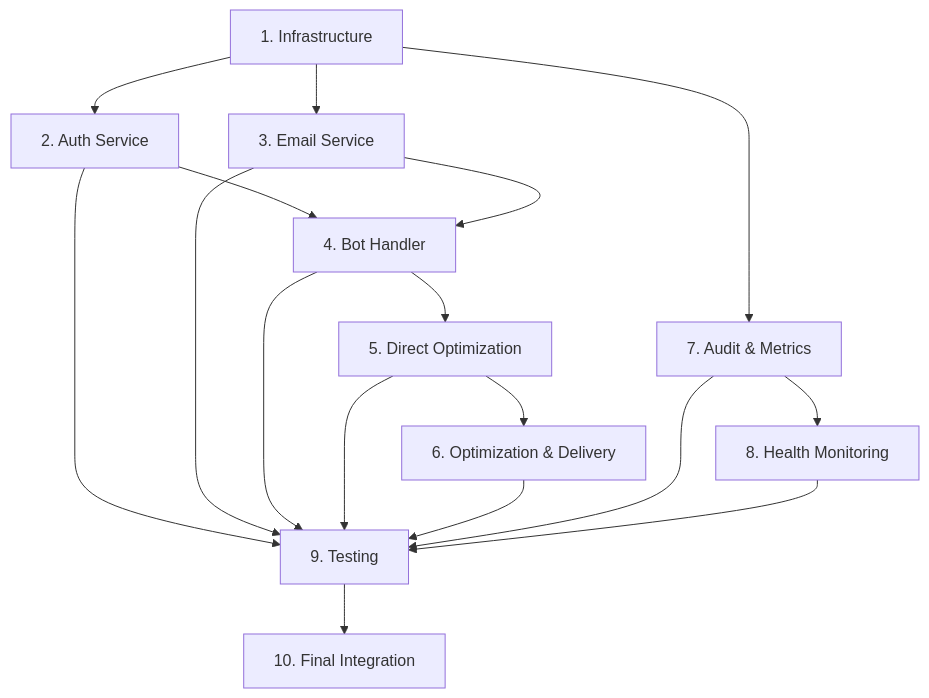
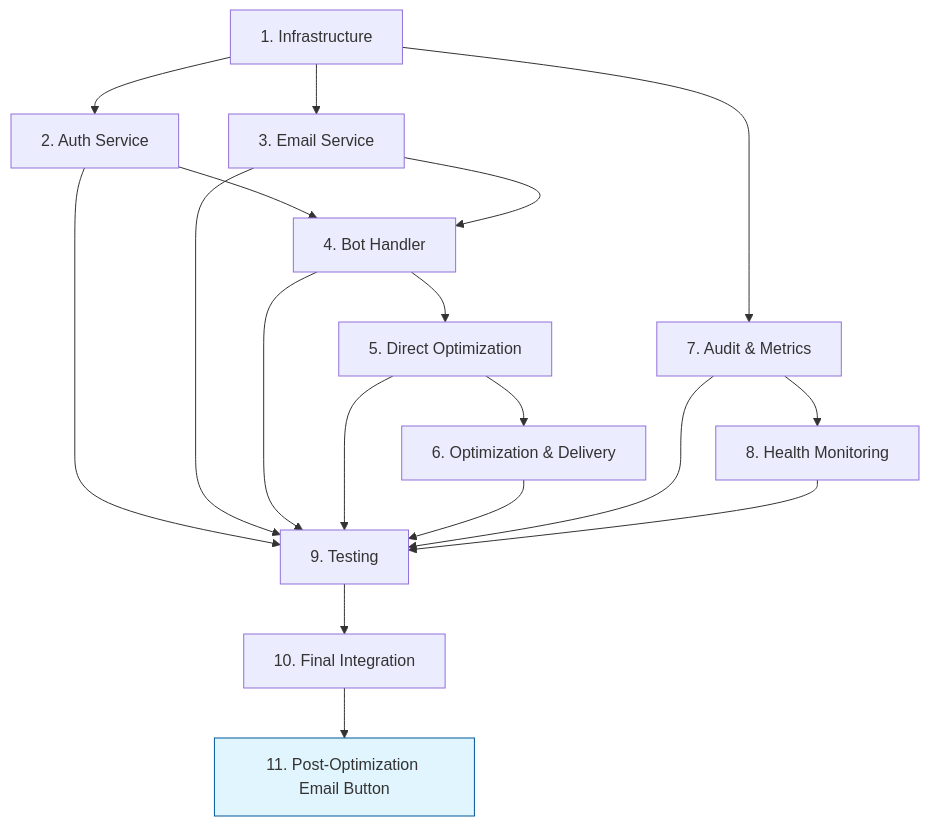
The diagram in .kiro/specs/email-prompt-delivery/tasks.md (gushinets/PromptEngineerBot), drawn with Mermaid before and after one commit. The commit also changed other lines of this file and 21 other files, not shown here.

First line of the commit message:
feat: extend email functionality with post-optimization email button

````diff
--- a/.kiro/specs/email-prompt-delivery/tasks.md
+++ b/.kiro/specs/email-prompt-delivery/tasks.md
@@ -443,19 +461,23 @@
 ```mermaid
 graph TD
     A[1. Infrastructure] --> B[2. Auth Service]
     A --> C[3. Email Service]
     B --> D[4. Bot Handler]
     C --> D
     D --> E[5. Direct Optimization]
     E --> F[6. Optimization & Delivery]
     A --> G[7. Audit & Metrics]
     G --> H[8. Health Monitoring]
     B --> I[9. Testing]
     C --> I
     D --> I
     E --> I
     F --> I
     G --> I
     H --> I
     I --> J[10. Final Integration]
+    J --> K[11. Post-Optimization Email Button]
+    
+    style K fill:#e1f5fe
+    style K stroke:#01579b
 ```
````
